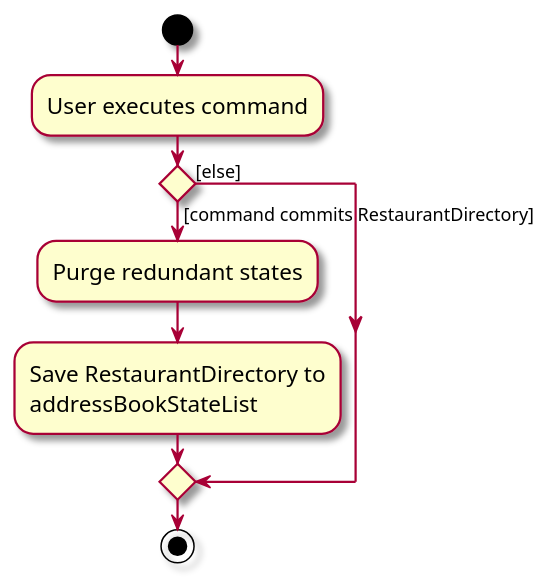
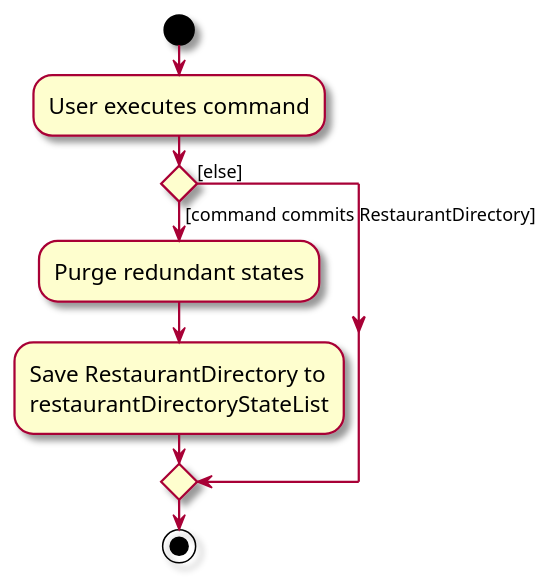
The diagram in docs/diagrams/CommitActivityDiagram.puml (AY2526S1-CS2103T-T14-3/tp), drawn with PlantUML before and after one commit.

Commit message:
Update state list name in commit activity diagram

```diff
--- a/docs/diagrams/CommitActivityDiagram.puml
+++ b/docs/diagrams/CommitActivityDiagram.puml
@@ -1,18 +1,18 @@
 @startuml
 skin rose
 skinparam ActivityFontSize 15
 skinparam ArrowFontSize 12
 start
 :User executes command;
 
 'Since the beta syntax does not support placing the condition outside the
 'diamond we place it as the true branch instead.
 
 if () then ([command commits RestaurantDirectory])
     :Purge redundant states;
     :Save RestaurantDirectory to
-    addressBookStateList;
+    restaurantDirectoryStateList;
 else ([else])
 endif
 stop
 @enduml
```
